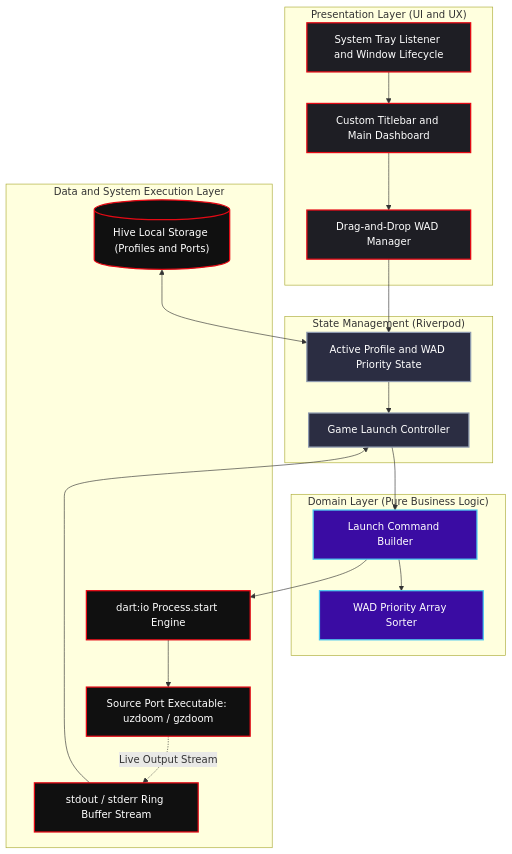
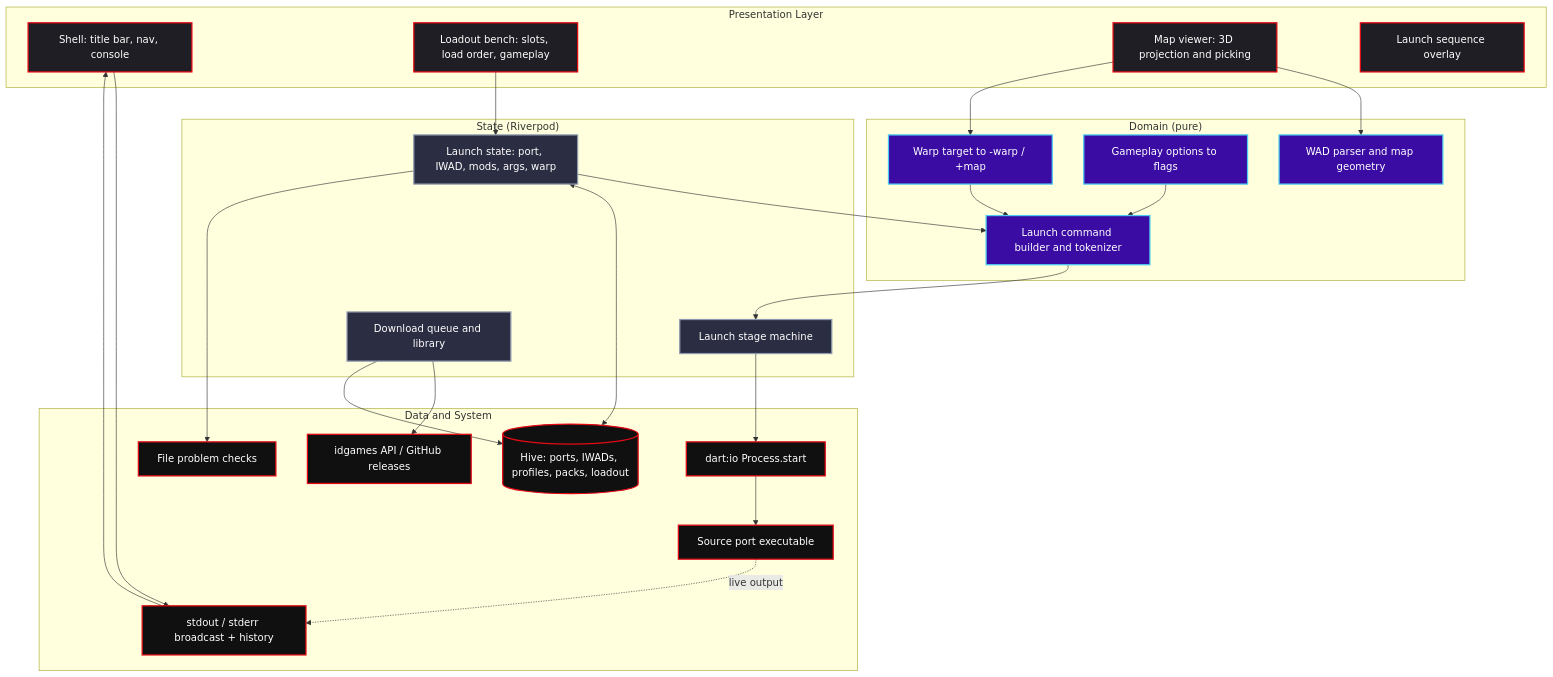
The diagram in README.md (VerianCS/QuickDoom), drawn with Mermaid before and after one commit. The commit also changed other lines of this file and 102 other files, not shown here.

````diff
--- a/README.md
+++ b/README.md
@@ -62,49 +121,60 @@
 ```mermaid
 flowchart TD
-    subgraph Presentation[" Presentation Layer (UI and UX)"]
-        UI["Custom Titlebar and Main Dashboard"]
-        DragDrop["Drag-and-Drop WAD Manager"]
-        Tray["System Tray Listener and Window Lifecycle"]
+    subgraph Presentation[" Presentation Layer"]
+        Shell["Shell: title bar, nav, console"]
+        Bench["Loadout bench: slots, load order, gameplay"]
+        Viewer["Map viewer: 3D projection and picking"]
+        Sequence["Launch sequence overlay"]
     end
 
-    subgraph StateManagement[" State Management (Riverpod)"]
-        AppController["Game Launch Controller"]
-        ProfileState["Active Profile and WAD Priority State"]
+    subgraph StateManagement[" State (Riverpod)"]
+        LaunchState["Launch state: port, IWAD, mods, args, warp"]
+        SeqState["Launch stage machine"]
+        Downloads["Download queue and library"]
     end
 
-    subgraph Domain[" Domain Layer (Pure Business Logic)"]
-        CmdBuilder["Launch Command Builder"]
-        OrderSort["WAD Priority Array Sorter"]
+    subgraph Domain[" Domain (pure)"]
+        CmdBuilder["Launch command builder and tokenizer"]
+        Warp["Warp target to -warp / +map"]
+        Gameplay["Gameplay options to flags"]
+        WadParse["WAD parser and map geometry"]
     end
 
-    subgraph SystemLayer[" Data and System Execution Layer"]
-        HiveDB[("Hive Local Storage (Profiles and Ports)")]
-        DartIO["dart:io Process.start Engine"]
-        LogStream["stdout / stderr Ring Buffer Stream"]
-        NativePort["Source Port Executable: uzdoom / gzdoom"]
+    subgraph SystemLayer[" Data and System"]
+        HiveDB[("Hive: ports, IWADs, profiles, packs, loadout")]
+        FileCheck["File problem checks"]
+        DartIO["dart:io Process.start"]
+        LogStream["stdout / stderr broadcast + history"]
+        NativePort["Source port executable"]
+        Remote["idgames API / GitHub releases"]
     end
 
-    UI --> DragDrop
-    DragDrop --> ProfileState
-    Tray --> UI
+    Bench --> LaunchState
+    Viewer --> WadParse
+    Viewer --> Warp
+    Shell --> LogStream
 
-    ProfileState --> AppController
-    AppController --> CmdBuilder
-    CmdBuilder --> OrderSort
+    LaunchState --> CmdBuilder
+    Warp --> CmdBuilder
+    Gameplay --> CmdBuilder
+    CmdBuilder --> SeqState
+    SeqState --> DartIO
 
-    CmdBuilder --> DartIO
-    HiveDB <--> ProfileState
+    LaunchState <--> HiveDB
+    LaunchState --> FileCheck
     DartIO --> NativePort
-    NativePort -. "Live Output Stream" .-> LogStream
-    LogStream --> AppController
+    NativePort -. "live output" .-> LogStream
+    LogStream --> Shell
+    Downloads --> Remote
+    Downloads --> HiveDB
 
     classDef ui fill:#1e1e24,stroke:#e50914,stroke-width:2px,color:#fff;
     classDef state fill:#2b2d42,stroke:#8d99ae,stroke-width:2px,color:#fff;
     classDef domain fill:#3a0ca3,stroke:#4cc9f0,stroke-width:2px,color:#fff;
     classDef sys fill:#101010,stroke:#e50914,stroke-width:2px,color:#fff;
 
-    class UI,DragDrop,Tray ui;
-    class AppController,ProfileState state;
-    class CmdBuilder,OrderSort domain;
-    class HiveDB,DartIO,LogStream,NativePort sys;
+    class Shell,Bench,Viewer,Sequence ui;
+    class LaunchState,SeqState,Downloads state;
+    class CmdBuilder,Warp,Gameplay,WadParse domain;
+    class HiveDB,FileCheck,DartIO,LogStream,NativePort,Remote sys;
 ```
````
